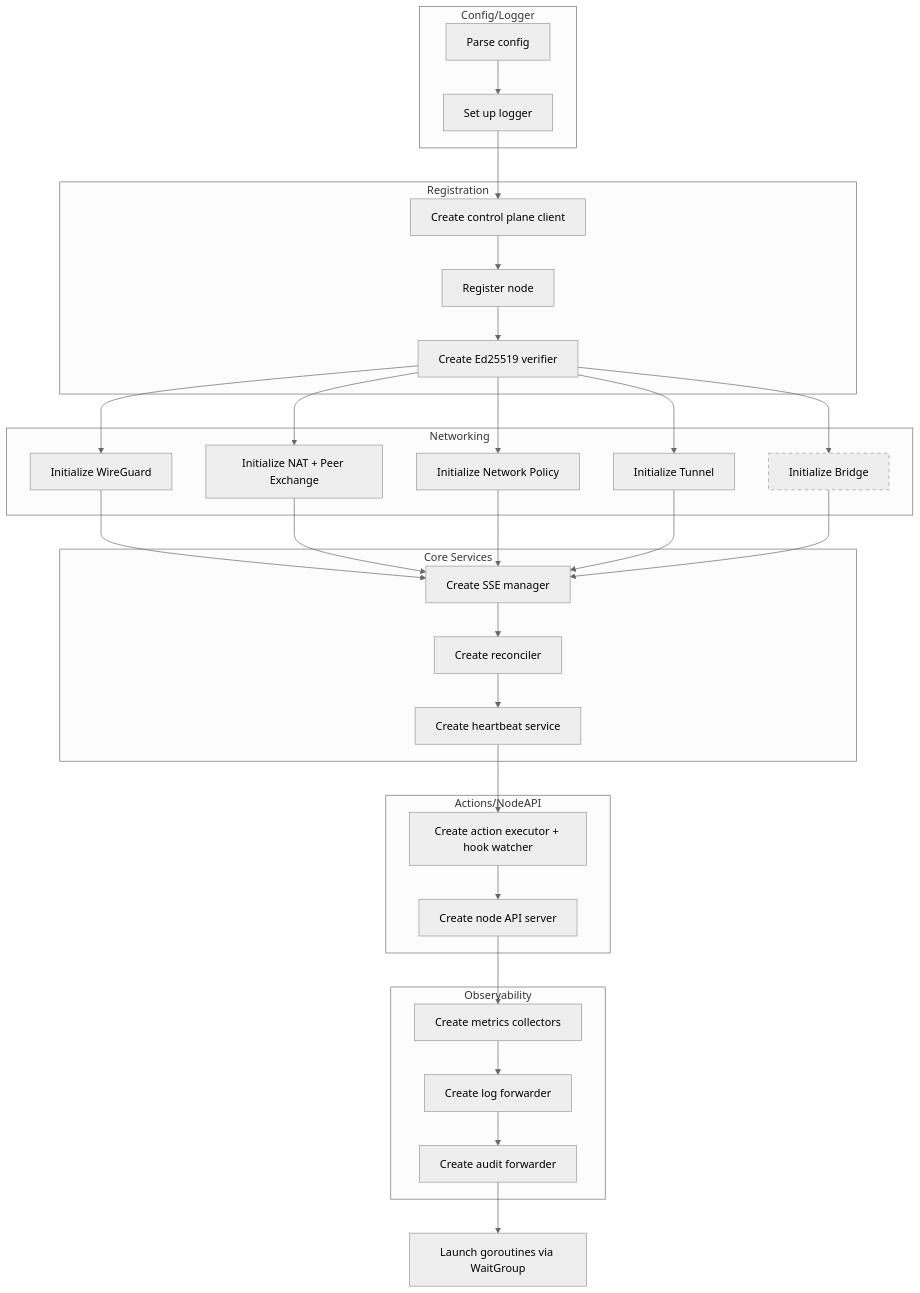
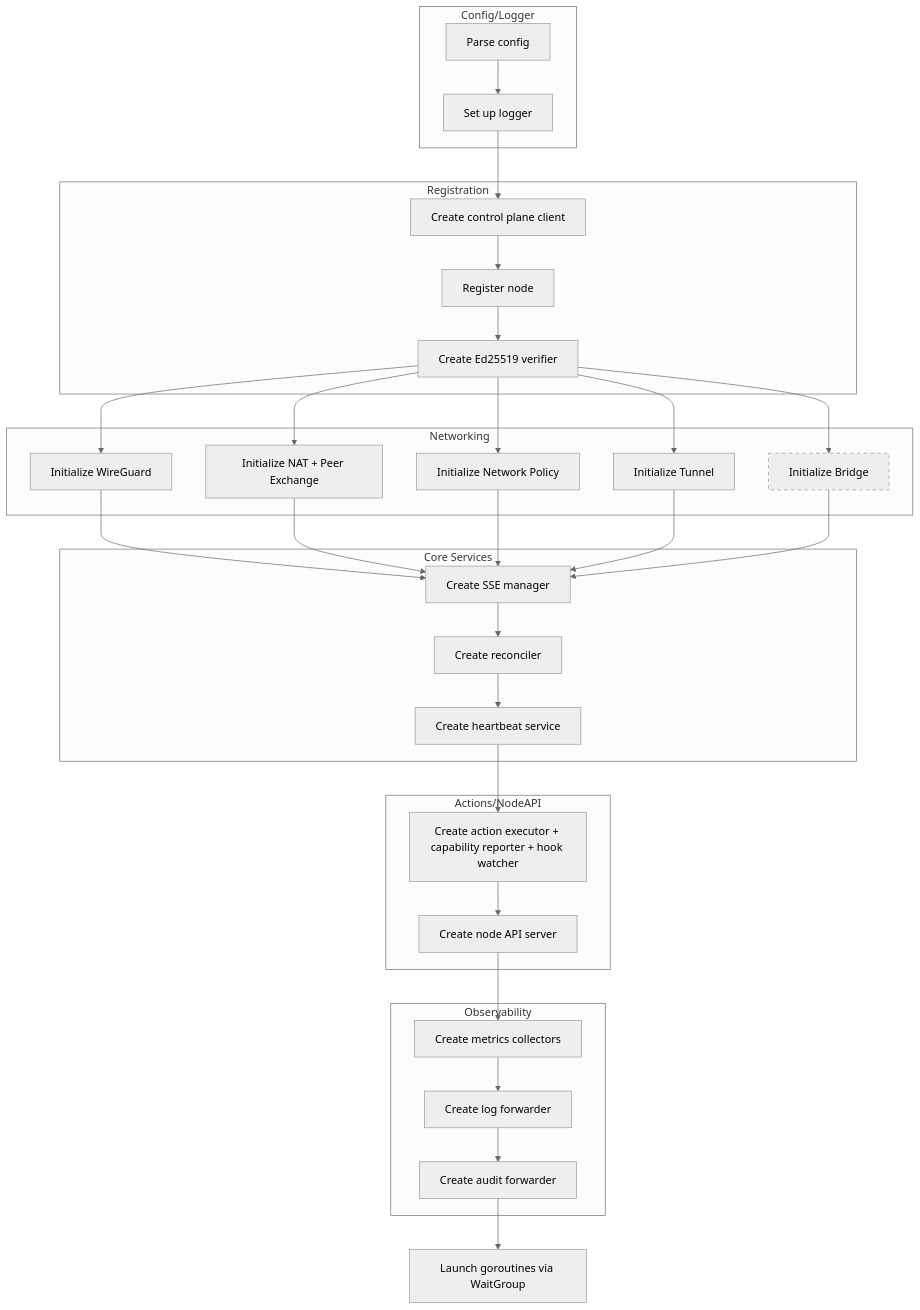
One commit to plexsphere/plexd changed the first of 2 diagrams in docs/concepts.md. Above: the diagram before and after it, drawn with Mermaid (neutral theme). The commit also changed other lines of this file and 14 other files, not shown here.

First line of the commit message:
docs: describe the capability reporter and live hook reporting

````diff
--- a/docs/concepts.md
+++ b/docs/concepts.md
@@ -34,41 +34,41 @@
 ```mermaid
 flowchart TD
     subgraph Config/Logger
         A1[Parse config] --> A2[Set up logger]
     end
 
     subgraph Registration
         A2 --> A3[Create control plane client]
         A3 --> A4[Register node]
         A4 --> A5[Create Ed25519 verifier]
     end
 
     subgraph Networking
         A5 --> A6[Initialize WireGuard]
         A5 --> A7[Initialize NAT + Peer Exchange]
         A5 --> A8[Initialize Network Policy]
         A5 --> A9[Initialize Tunnel]
         A5 --> A10[Initialize Bridge]
     end
 
     subgraph Core Services
         A6 & A7 & A8 & A9 & A10 --> A11[Create SSE manager]
         A11 --> A12[Create reconciler]
         A12 --> A13[Create heartbeat service]
     end
 
     subgraph Actions/NodeAPI
-        A13 --> A14[Create action executor + hook watcher]
+        A13 --> A14[Create action executor + capability reporter + hook watcher]
         A14 --> A15[Create node API server]
     end
 
     subgraph Observability
         A15 --> A16[Create metrics collectors]
         A16 --> A17[Create log forwarder]
         A17 --> A18[Create audit forwarder]
     end
 
     A18 --> G[Launch goroutines via WaitGroup]
 
     style A10 stroke-dasharray: 5 5
 ```
````
